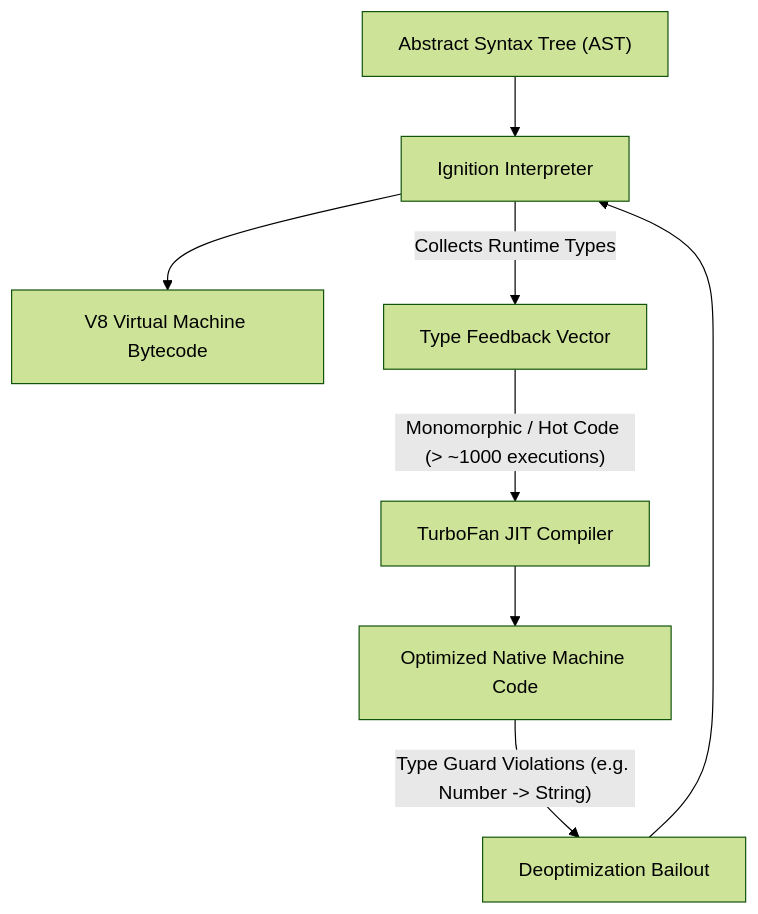
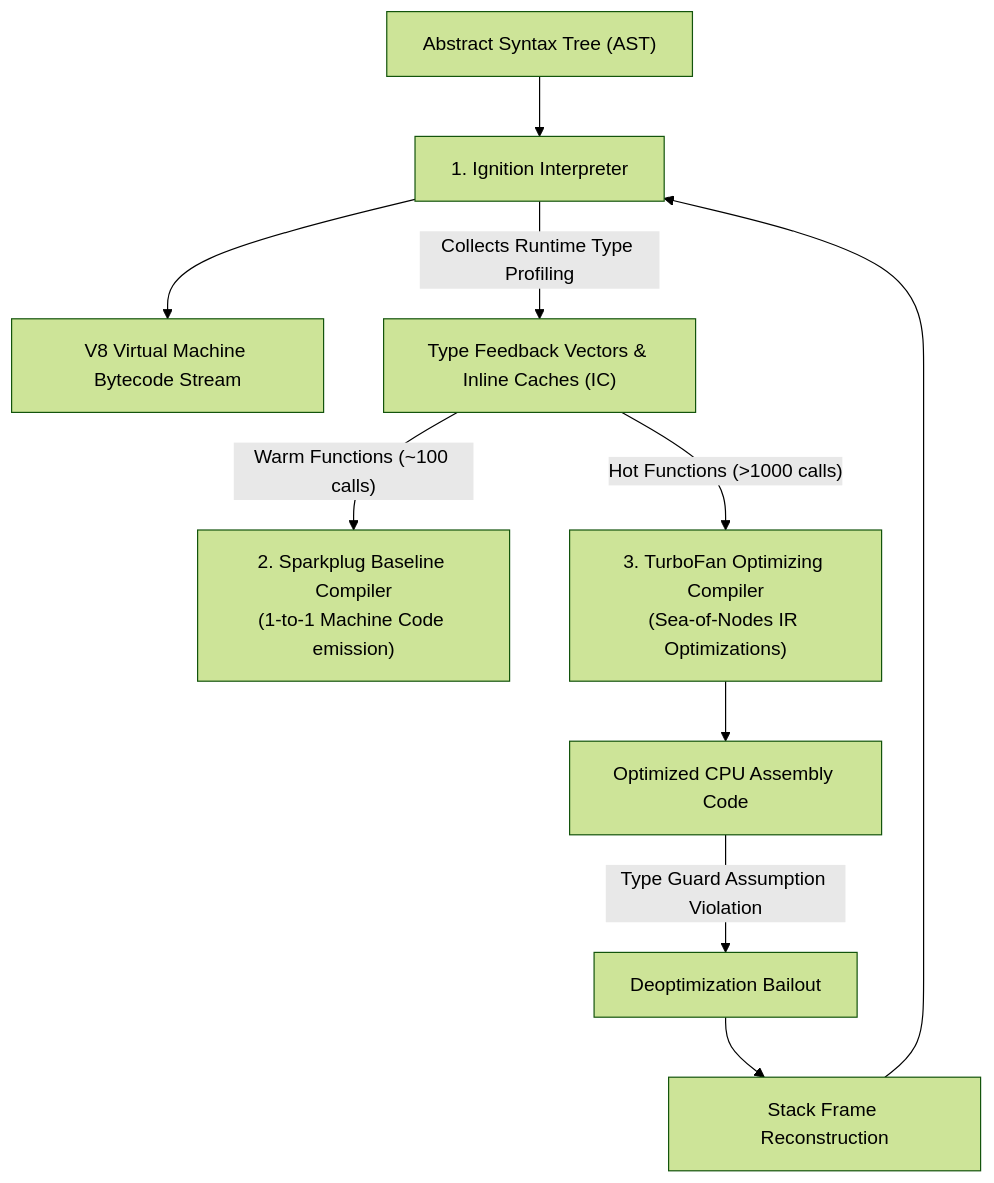
One commit to Amie-dev/engineering-playbook changed the first of 4 diagrams in js-internals/03-compilation-pipeline.md. Above: the diagram before and after it, drawn with Mermaid (forest theme). The commit also changed other lines of this file and 17 other files, not shown here.

First line of the commit message:
Refactor modules on Shared Memory, WebAssembly Interop, and Performance Profiling

````diff
--- a/js-internals/03-compilation-pipeline.md
+++ b/js-internals/03-compilation-pipeline.md
@@ -10,12 +13,16 @@
 ```mermaid
 flowchart TD
-    AST["Abstract Syntax Tree (AST)"] --> Ignition["Ignition Interpreter"]
-    Ignition --> Bytecode["V8 Virtual Machine Bytecode"]
-    Ignition -- "Collects Runtime Types" --> FeedbackVector["Type Feedback Vector"]
+    AST["Abstract Syntax Tree (AST)"] --> Ignition["1. Ignition Interpreter"]
+    Ignition --> Bytecode["V8 Virtual Machine Bytecode Stream"]
     
-    FeedbackVector -- "Monomorphic / Hot Code (> ~1000 executions)" --> TurboFan["TurboFan JIT Compiler"]
-    TurboFan --> OptCode["Optimized Native Machine Code"]
+    Ignition -- "Collects Runtime Type Profiling" --> FeedbackVector["Type Feedback Vectors & Inline Caches (IC)"]
     
-    OptCode -- "Type Guard Violations (e.g. Number -> String)" --> Deopt["Deoptimization Bailout"]
-    Deopt --> Ignition
+    FeedbackVector -- "Warm Functions (~100 calls)" --> Sparkplug["2. Sparkplug Baseline Compiler<br/>(1-to-1 Machine Code emission)"]
+    FeedbackVector -- "Hot Functions (>1000 calls)" --> TurboFan["3. TurboFan Optimizing Compiler<br/>(Sea-of-Nodes IR Optimizations)"]
+    
+    TurboFan --> MachineCode["Optimized CPU Assembly Code"]
+    
+    MachineCode -- "Type Guard Assumption Violation" --> DeoptBailout["Deoptimization Bailout"]
+    DeoptBailout --> ReconstructFrame["Stack Frame Reconstruction"]
+    ReconstructFrame --> Ignition
 ```
````
